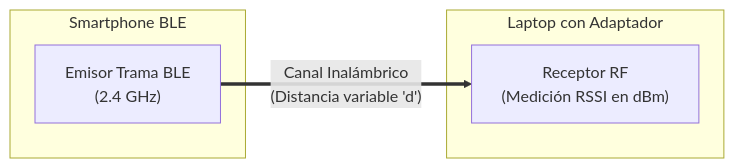
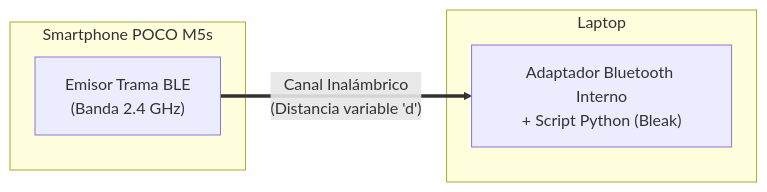
The diagram in docs/pia_propuesta_h2.md (victoria-trevinom/ble_link_sec), drawn with Mermaid before and after one commit. The commit also changed other lines of this file, not shown here.

Commit message:
Revise Bluetooth link setup details and diagram
Updated the communication medium and hardware/software details for the Bluetooth link setup. Enhanced the diagram and description for clarity.

````diff
--- a/docs/pia_propuesta_h2.md
+++ b/docs/pia_propuesta_h2.md
@@ -28,12 +34,12 @@
 ```mermaid
 flowchart LR
-    subgraph Emisor [Smartphone BLE]
-        A["Emisor Trama BLE<br/>(2.4 GHz)"]
+    subgraph Emisor [Smartphone POCO M5s]
+        A["Emisor Trama BLE<br/>(Banda 2.4 GHz)"]
     end
 
     A ==>|"Canal Inalámbrico<br/>(Distancia variable 'd')"| B
 
-    subgraph Receptor [Laptop con Adaptador]
-        B["Receptor RF<br/>(Medición RSSI en dBm)"]
+    subgraph Receptor [Laptop]
+        B["Adaptador Bluetooth Interno<br/>+ Script Python (Bleak)"]
     end
 ```
````
